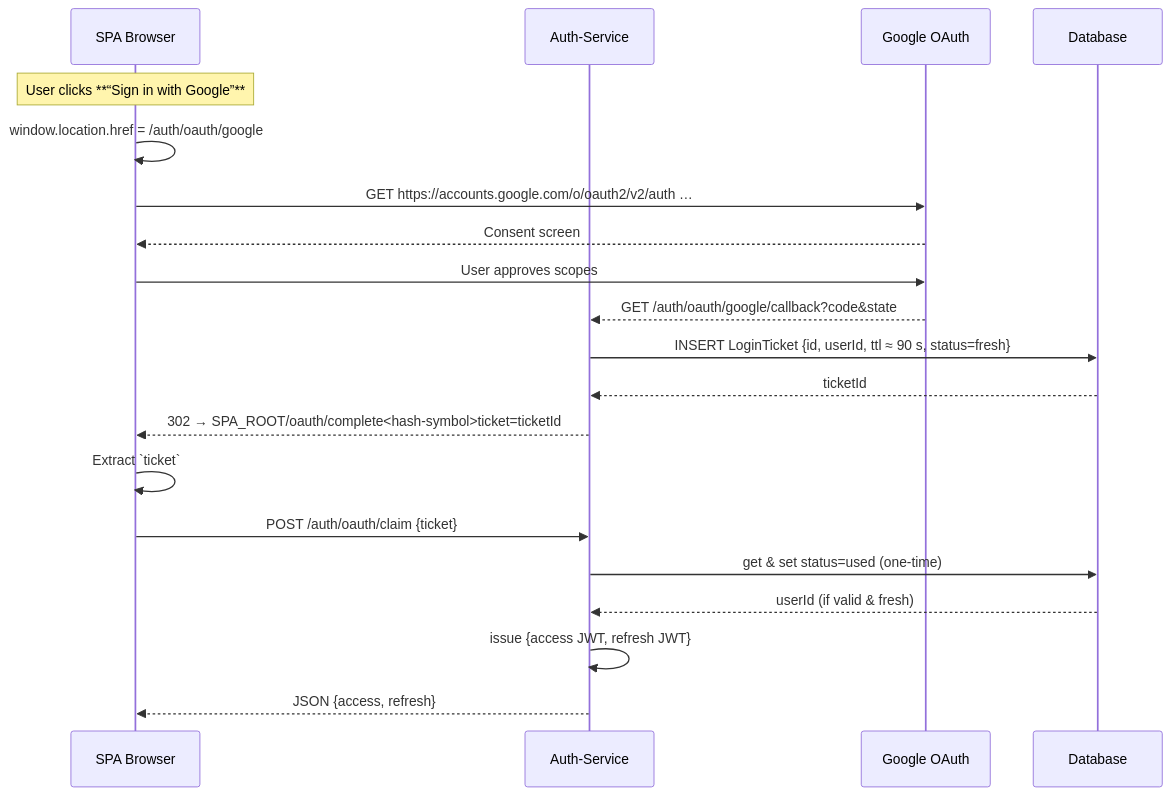
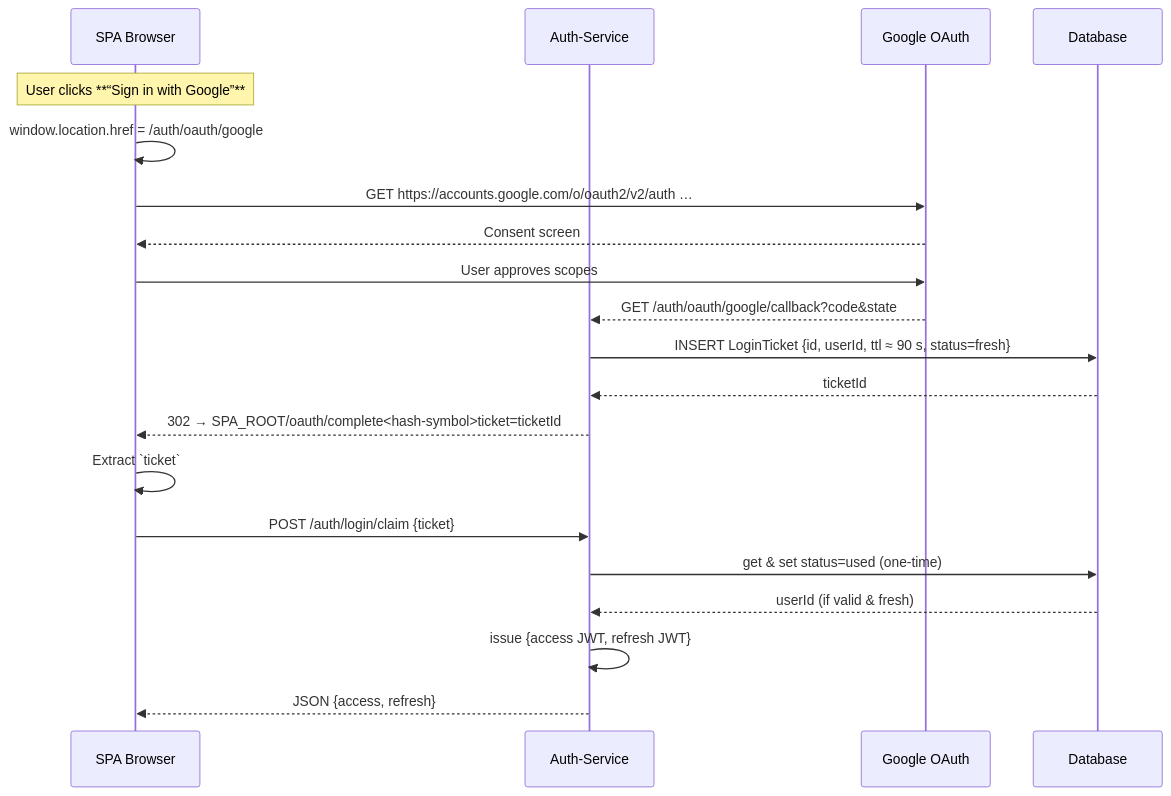
Before and after one commit to jesuismarie/ft_transcendence: the fifth of 5 diagrams in backend/auth-service/README.md, drawn with Mermaid. The commit also changed other lines of this file, not shown here.

Commit message:
UPDATE: README to align with the new login flow

````diff
--- a/backend/auth-service/README.md
+++ b/backend/auth-service/README.md
@@ -210,26 +240,26 @@
 ```mermaid
 sequenceDiagram
     participant SPA 	as	SPA Browser
     participant Auth	as	Auth-Service
     participant Google	as	Google OAuth
     participant DB		as	Database
 
     Note over SPA: User clicks **“Sign in with Google”**
     SPA ->> SPA: window.location.href = /auth/oauth/google
 
     SPA ->> Google: GET https://accounts.google.com/o/oauth2/v2/auth …
     Google -->> SPA: Consent screen
     SPA ->> Google: User approves scopes
     Google -->> Auth: GET /auth/oauth/google/callback?code&state
 
     Auth ->> DB: INSERT LoginTicket {id, userId, ttl ≈ 90 s, status=fresh}
     DB -->> Auth: ticketId
     Auth -->> SPA: 302 → SPA_ROOT/oauth/complete<hash-symbol>ticket=ticketId
 
     SPA ->> SPA: Extract `ticket`
-    SPA ->> Auth: POST /auth/oauth/claim {ticket}
+    SPA ->> Auth: POST /auth/login/claim {ticket}
     Auth ->> DB: get & set status=used (one-time)
     DB -->> Auth: userId (if valid & fresh)
     Auth ->> Auth: issue {access JWT, refresh JWT}
     Auth -->> SPA: JSON {access, refresh}
 ```
````
